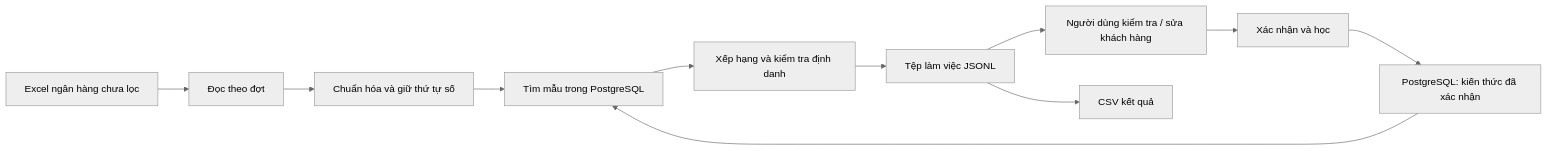
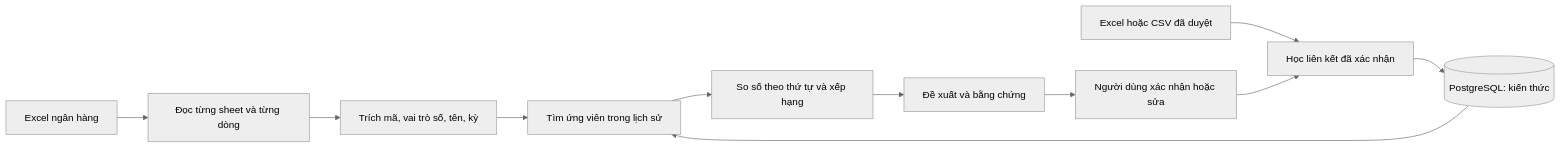
The diagram in docs/matching-and-learning.md (vnminh/invoice_huewaco), drawn with Mermaid (neutral theme) before and after one commit. The commit also changed other lines of this file and 64 other files, not shown here.

````diff
--- a/docs/matching-and-learning.md
+++ b/docs/matching-and-learning.md
@@ -7,13 +11,13 @@
 ```mermaid
 flowchart LR
-    A[Excel ngân hàng chưa lọc] --> B[Đọc theo đợt]
-    B --> C[Chuẩn hóa và giữ thứ tự số]
-    C --> D[Tìm mẫu trong PostgreSQL]
-    D --> E[Xếp hạng và kiểm tra định danh]
-    E --> F[Tệp làm việc JSONL]
-    F --> G[Người dùng kiểm tra / sửa khách hàng]
-    G --> H[Xác nhận và học]
-    H --> I[PostgreSQL: kiến thức đã xác nhận]
-    F --> J[CSV kết quả]
-    I --> D
+    A[Excel ngân hàng] --> B[Đọc từng sheet và từng dòng]
+    B --> C[Trích mã, vai trò số, tên, kỳ]
+    C --> D[Tìm ứng viên trong lịch sử]
+    D --> E[So số theo thứ tự và xếp hạng]
+    E --> F[Đề xuất và bằng chứng]
+    F --> G[Người dùng xác nhận hoặc sửa]
+    H[Excel hoặc CSV đã duyệt] --> I[Học liên kết đã xác nhận]
+    G --> I
+    I --> K[(PostgreSQL: kiến thức)]
+    K --> D
 ```
````
